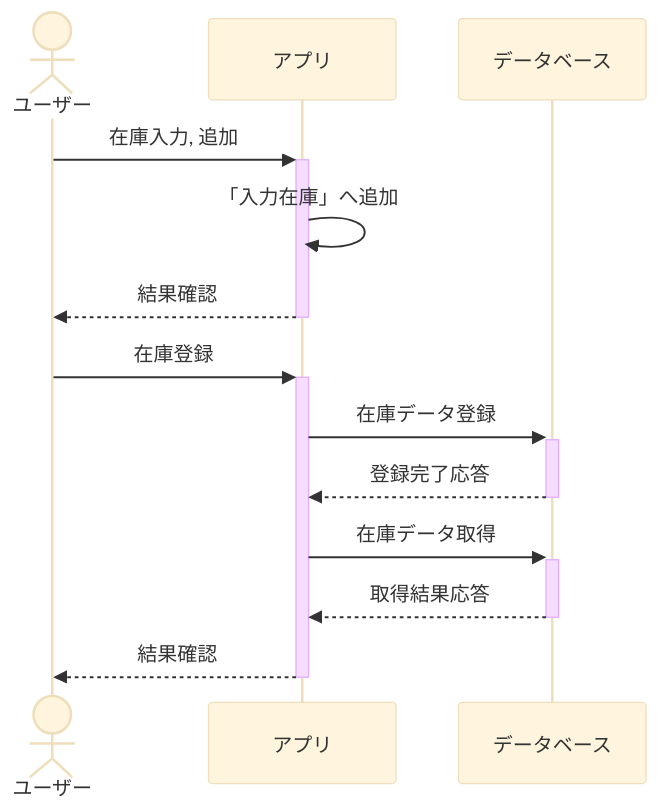
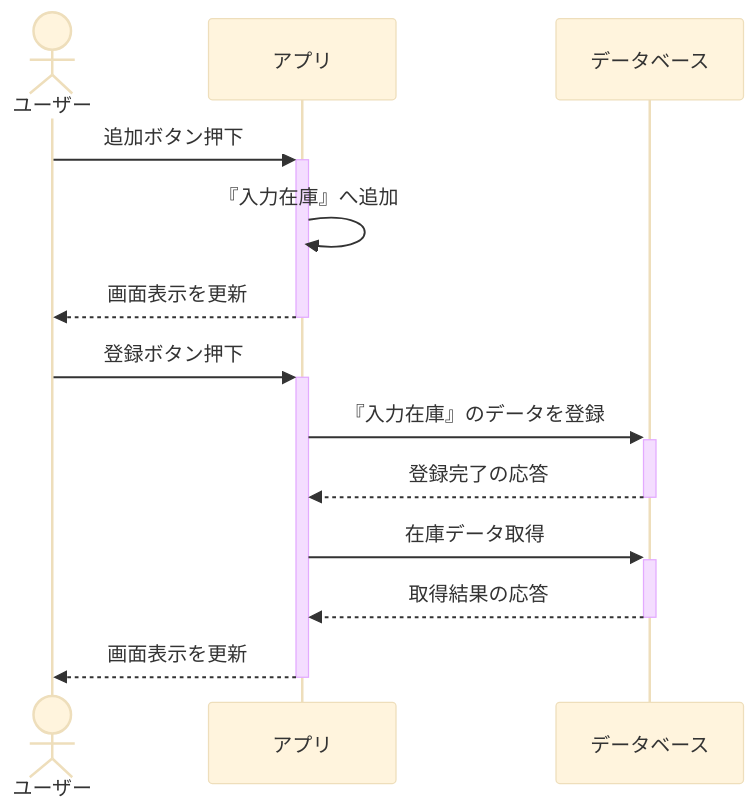
One commit to ToyamaDataCenter/InventSample2025 changed the first of 2 diagrams in task/在庫管理アプリの概要.md. Above: the diagram before and after it, drawn with Mermaid (base theme). The commit also changed other lines of this file, not shown here.

Commit message:
Update 在庫管理アプリの概要.md
UMLに見出しを追加し、内容の文言を変更

````diff
--- a/task/在庫管理アプリの概要.md
+++ b/task/在庫管理アプリの概要.md
@@ -61,16 +62,16 @@
 ```mermaid
 sequenceDiagram
 actor user as ユーザー
 participant app as アプリ
 participant db as データベース
-    user ->>+ app: 在庫入力, 追加
-    app ->> app: 「入力在庫」へ追加
-    app -->>- user: 結果確認
-    user ->>+ app: 在庫登録
-    app ->>+ db: 在庫データ登録
-    db -->>- app : 登録完了応答
+    user ->>+ app: 追加ボタン押下
+    app ->> app: 『入力在庫』へ追加
+    app -->>- user: 画面表示を更新
+    user ->>+ app: 登録ボタン押下
+    app ->>+ db: 『入力在庫』のデータを登録
+    db -->>- app : 登録完了の応答
     app ->>+ db: 在庫データ取得
-    db -->>- app : 取得結果応答
-    app -->>- user: 結果確認
+    db -->>- app : 取得結果の応答
+    app -->>- user: 画面表示を更新
 
 ```
````
